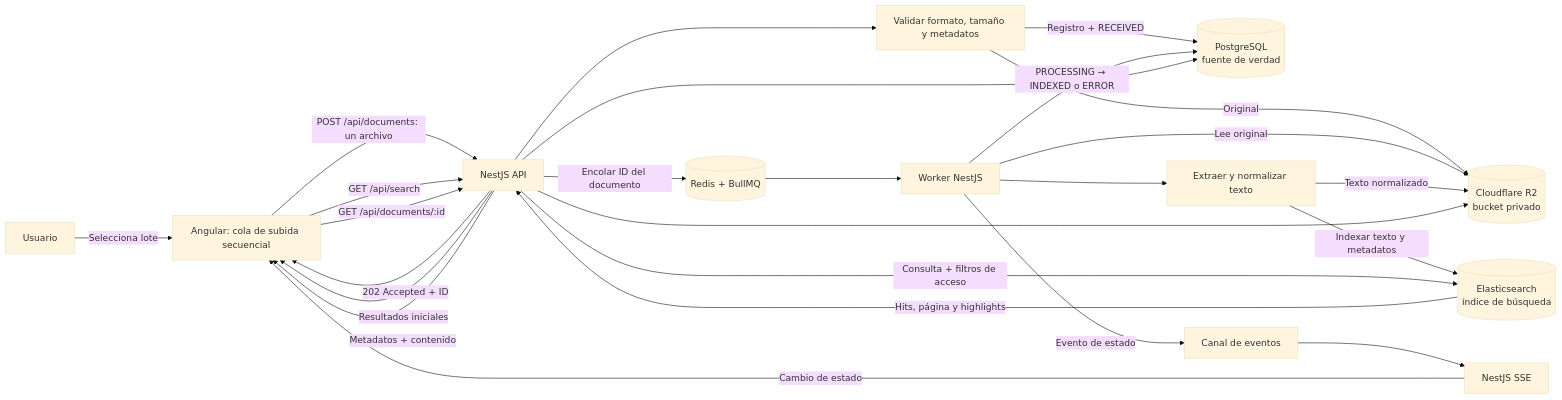
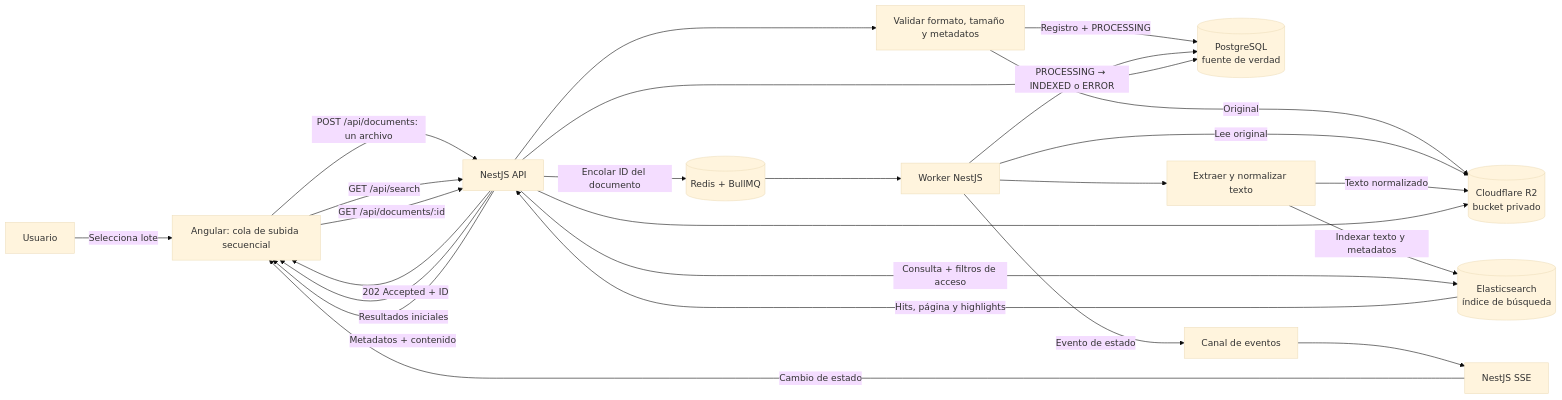
The diagram in docs/architecture.md (jeissonlazo/technical_document_search_and_view), drawn with Mermaid (base theme) before and after one commit. The commit also changed other lines of this file and 35 other files, not shown here.

````diff
--- a/docs/architecture.md
+++ b/docs/architecture.md
@@ -27,27 +27,27 @@
 ```mermaid
 flowchart LR
     U[Usuario] -->|Selecciona lote| A[Angular: cola de subida secuencial]
     A -->|POST /api/documents: un archivo| API[NestJS API]
     API --> V[Validar formato, tamaño y metadatos]
     V -->|Original| OS[(Cloudflare R2<br/>bucket privado)]
-    V -->|Registro + RECEIVED| PG[(PostgreSQL<br/>fuente de verdad)]
+    V -->|Registro + PROCESSING| PG[(PostgreSQL<br/>fuente de verdad)]
     API -->|Encolar ID del documento| R[(Redis + BullMQ)]
     API -->|202 Accepted + ID| A
     R --> W[Worker NestJS]
     W -->|Lee original| OS
     W --> X[Extraer y normalizar texto]
     X -->|Texto normalizado| OS
     X -->|Indexar texto y metadatos| ES[(Elasticsearch<br/>índice de búsqueda)]
     W -->|PROCESSING → INDEXED o ERROR| PG
     W -->|Evento de estado| BUS[Canal de eventos]
     BUS --> SSE[NestJS SSE]
     SSE -->|Cambio de estado| A
     A -->|GET /api/search| API
     API -->|Consulta + filtros de acceso| ES
     ES -->|Hits, página y highlights| API
     API -->|Resultados iniciales| A
     A -->|GET /api/documents/:id| API
     API --> PG
     API --> OS
     API -->|Metadatos + contenido| A
 ```
````
